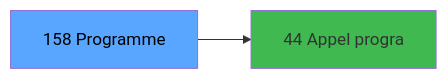
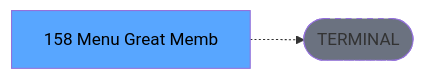
One commit to thonyAGP/lecteur-magic changed the third of 3 diagrams in .openspec/specs/ADH-IDE-158.md. Above: the diagram before and after it, drawn with Mermaid. The commit also changed other lines of this file and 701 other files, not shown here.

````diff
--- a/.openspec/specs/ADH-IDE-158.md
+++ b/.openspec/specs/ADH-IDE-158.md
@@ -133,8 +134,8 @@
 ```mermaid
 graph LR
-    T[158 Programme]
-    C44[44 Appel progra]
-    T --> C44
+    T[158 Menu Great Memb]
+    TERM([TERMINAL])
+    T -.-> TERM
+    style TERM fill:#6b7280,stroke-dasharray: 5 5
     style T fill:#58a6ff,color:#000
-    style C44 fill:#3fb950
 ```
````
